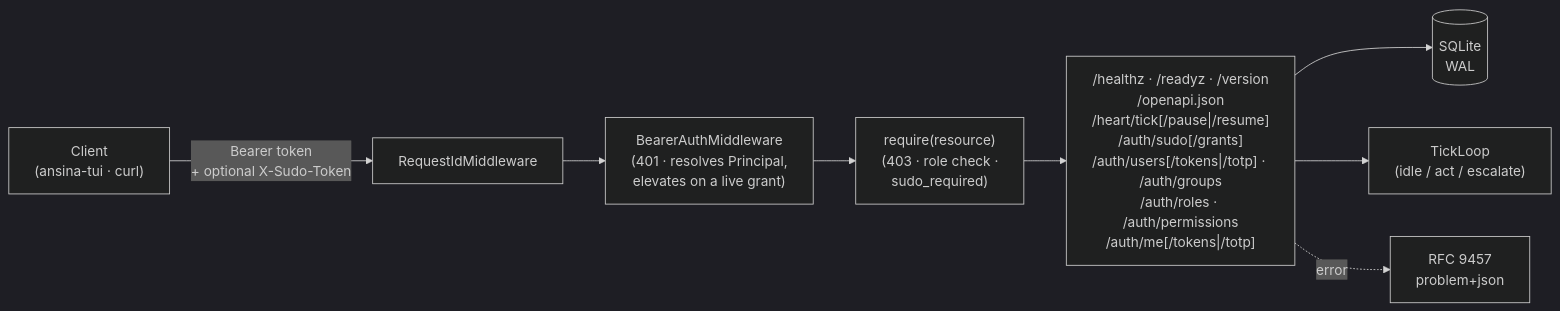
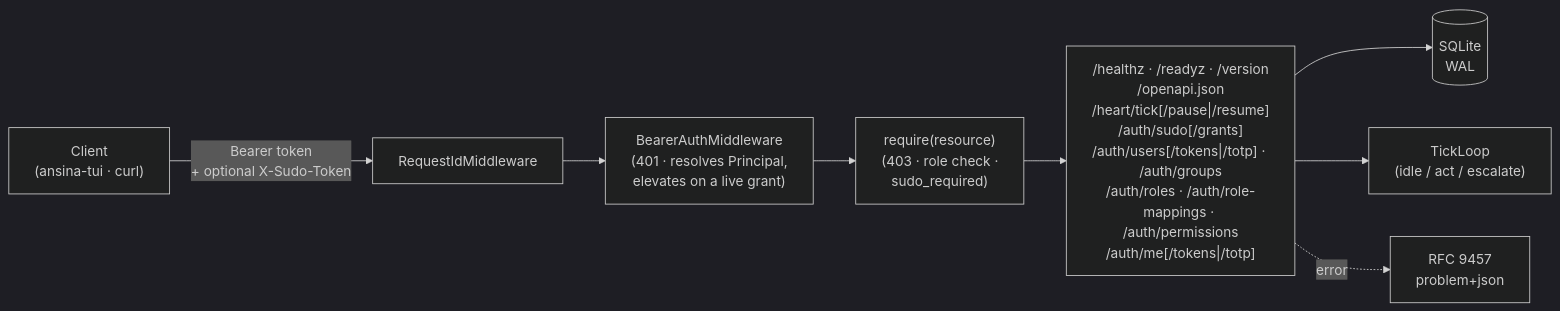
The first of 2 diagrams in README.md (giacchetta/ansina), drawn with Mermaid (dark theme) before and after one commit. The commit also changed other lines of this file and 16 other files, not shown here.

Commit message:
feat: Role-mapping provenance and management API (auth.role_mappings)

````diff
--- a/README.md
+++ b/README.md
@@ -9,10 +9,10 @@
 ```mermaid
 flowchart LR
     Client["Client<br/>(ansina-tui · curl)"] -->|Bearer token<br/>+ optional X-Sudo-Token| MW["RequestIdMiddleware"]
     MW --> Auth["BearerAuthMiddleware<br/>(401 · resolves Principal,<br/>elevates on a live grant)"]
     Auth --> Authz["require(resource)<br/>(403 · role check ·<br/>sudo_required)"]
-    Authz --> Routes["/healthz · /readyz · /version<br/>/openapi.json<br/>/heart/tick[/pause|/resume]<br/>/auth/sudo[/grants]<br/>/auth/users[/tokens|/totp] · /auth/groups<br/>/auth/roles · /auth/permissions<br/>/auth/me[/tokens|/totp]"]
+    Authz --> Routes["/healthz · /readyz · /version<br/>/openapi.json<br/>/heart/tick[/pause|/resume]<br/>/auth/sudo[/grants]<br/>/auth/users[/tokens|/totp] · /auth/groups<br/>/auth/roles · /auth/role-mappings · /auth/permissions<br/>/auth/me[/tokens|/totp]"]
     Routes --> DB[("SQLite<br/>WAL")]
     Routes --> Tick["TickLoop<br/>(idle / act / escalate)"]
     Routes -.error.-> Problem["RFC 9457<br/>problem+json"]
 ```
````
